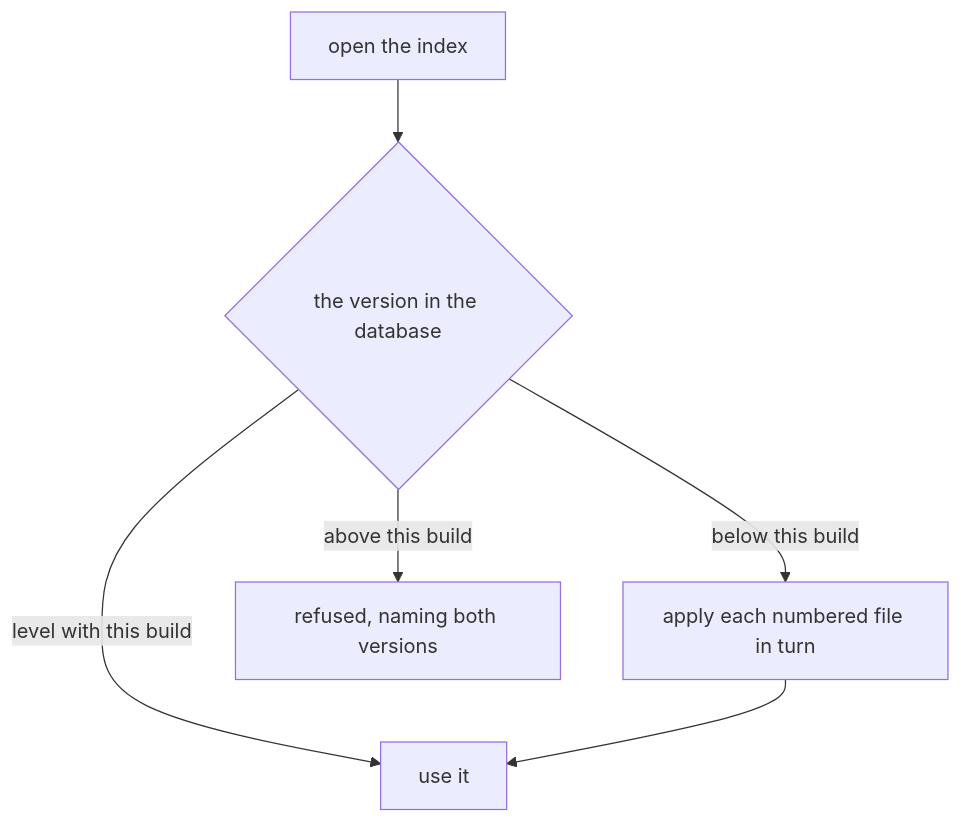
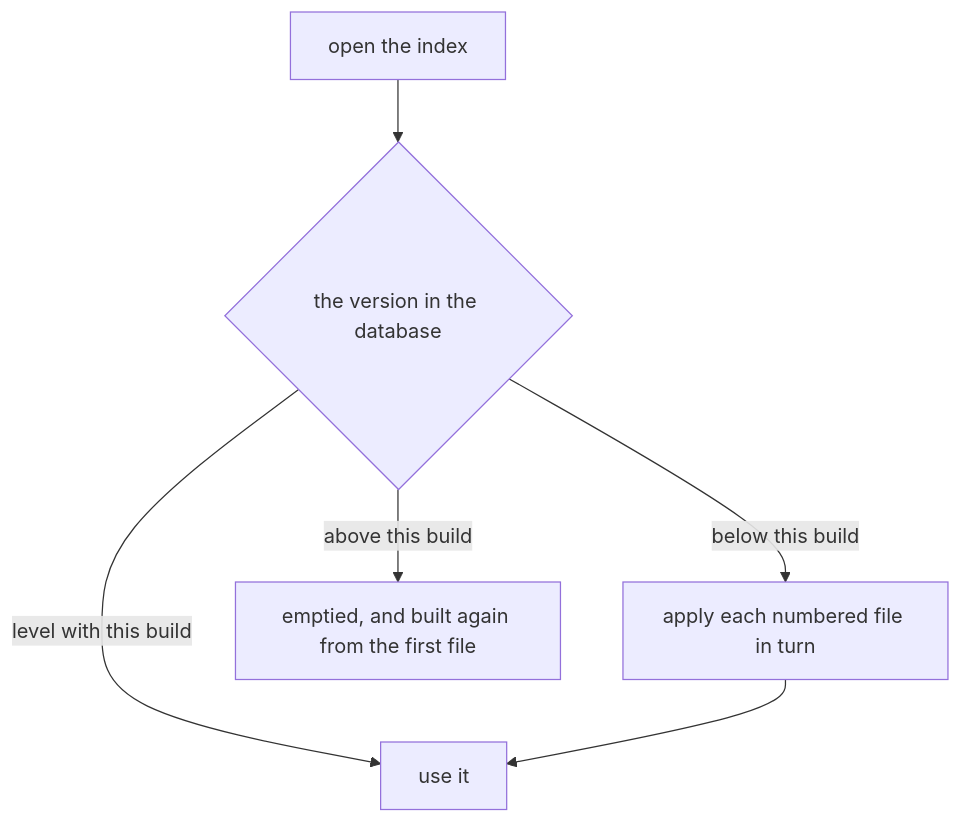
Before and after one commit to jiva-studio/numen: the diagram in docs/adr/0007-a-schema-change-is-a-numbered-migration.md, drawn with Mermaid. The commit also changed other lines of this file and 1 other file, not shown here.

````diff
--- a/docs/adr/0007-a-schema-change-is-a-numbered-migration.md
+++ b/docs/adr/0007-a-schema-change-is-a-numbered-migration.md
@@ -18,8 +18,8 @@
 ```mermaid
 graph TD
     O["open the index"] --> V{"the version in the database"}
     V -->|"below this build"| M["apply each numbered file in turn"]
     V -->|"level with this build"| U["use it"]
-    V -->|"above this build"| R["refused, naming both versions"]
+    V -->|"above this build"| R["emptied, and built again from the first file"]
     M --> U
 ```
````
